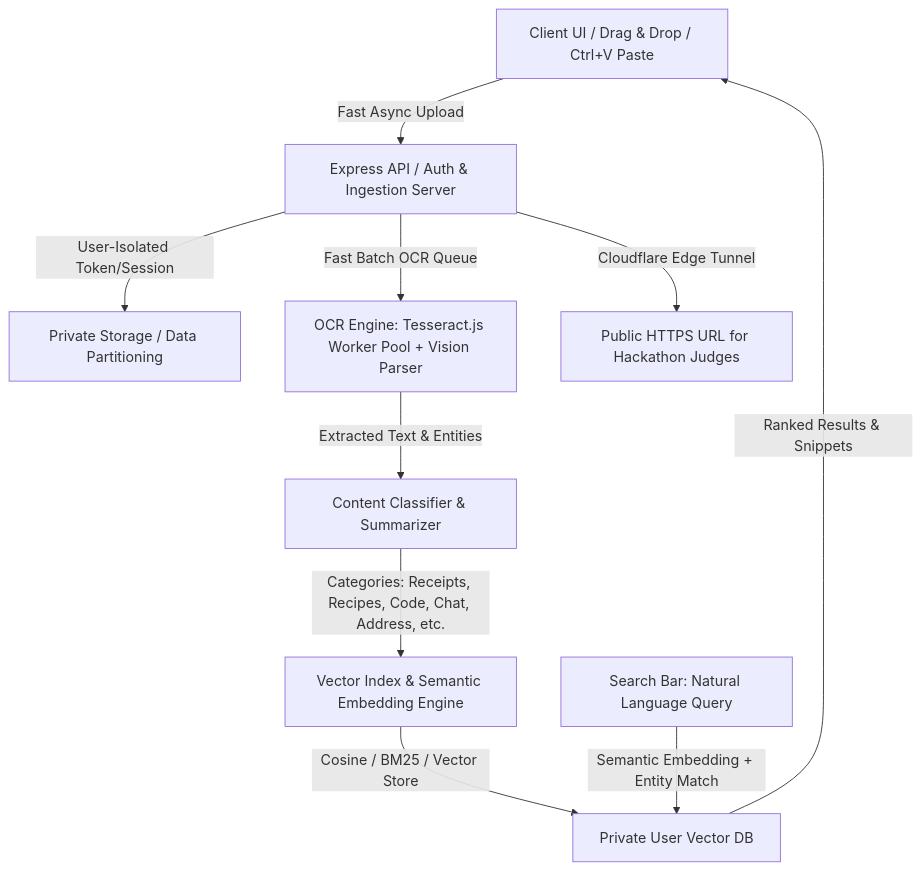
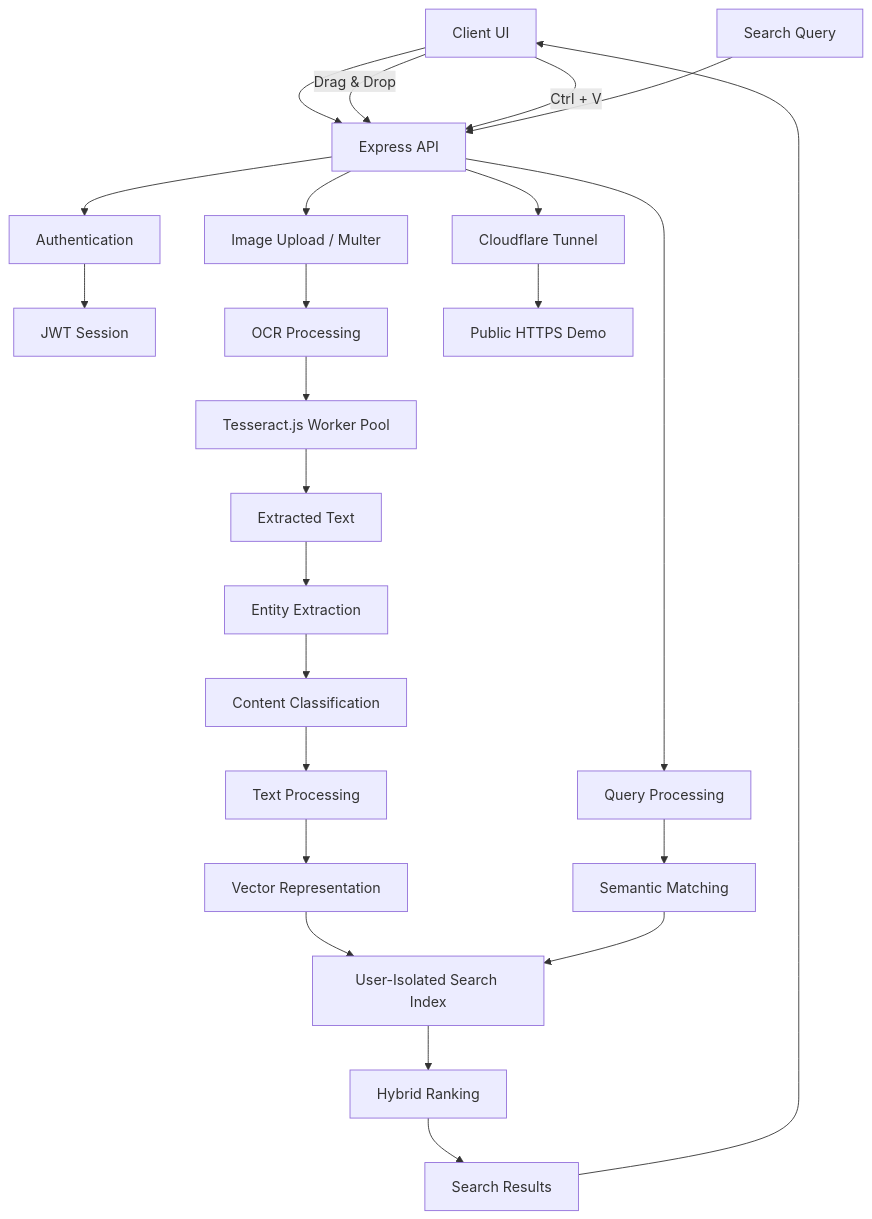
The first of 3 diagrams in README.md (JARVIS-SCRY-F0C270/Scrpytic-Jarvis-Vision), drawn with Mermaid before and after one commit. The commit also changed other lines of this file, not shown here.

````diff
--- a/README.md
+++ b/README.md
@@ -55,12 +392,48 @@
 ```mermaid
 graph TD
-    A[Client UI / Drag & Drop / Ctrl+V Paste] -->|Fast Async Upload| B[Express API / Auth & Ingestion Server]
-    B -->|User-Isolated Token/Session| C[Private Storage / Data Partitioning]
-    B -->|Fast Batch OCR Queue| D[OCR Engine: Tesseract.js Worker Pool + Vision Parser]
-    D -->|Extracted Text & Entities| E[Content Classifier & Summarizer]
-    E -->|Categories: Receipts, Recipes, Code, Chat, Address, etc.| F[Vector Index & Semantic Embedding Engine]
-    F -->|Cosine / BM25 / Vector Store| G[Private User Vector DB]
-    H[Search Bar: Natural Language Query] -->|Semantic Embedding + Entity Match| G
-    G -->|Ranked Results & Snippets| A
-    B -->|Cloudflare Edge Tunnel| I[Public HTTPS URL for Hackathon Judges]
+
+A[Client UI] --> B[Express API]
+
+A -->|Drag & Drop| B
+A -->|Ctrl + V| B
+
+B --> C[Authentication]
+
+C --> D[JWT Session]
+
+B --> E[Image Upload / Multer]
+
+E --> F[OCR Processing]
+
+F --> G[Tesseract.js Worker Pool]
+
+G --> H[Extracted Text]
+
+H --> I[Entity Extraction]
+
+I --> J[Content Classification]
+
+J --> K[Text Processing]
+
+K --> L[Vector Representation]
+
+L --> M[User-Isolated Search Index]
+
+N[Search Query] --> B
+
+B --> O[Query Processing]
+
+O --> P[Semantic Matching]
+
+P --> M
+
+M --> Q[Hybrid Ranking]
+
+Q --> R[Search Results]
+
+R --> A
+
+B --> S[Cloudflare Tunnel]
+
+S --> T[Public HTTPS Demo]
 ```
````
